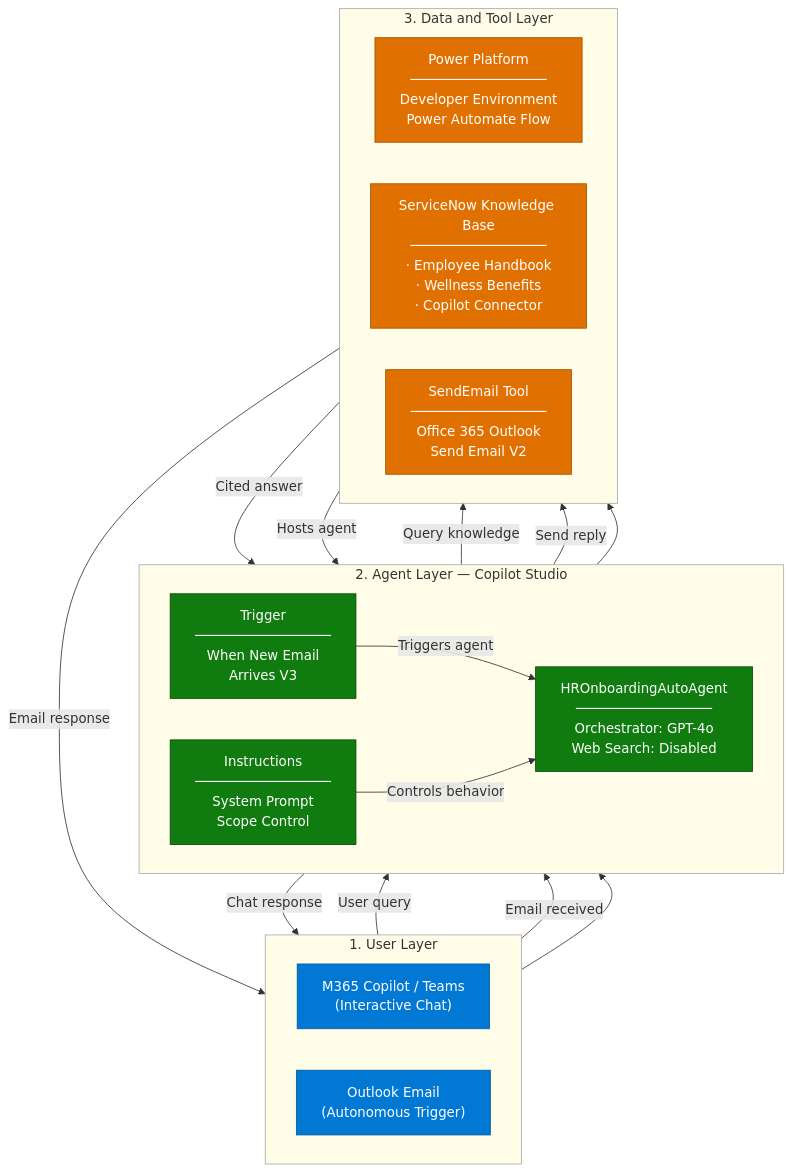
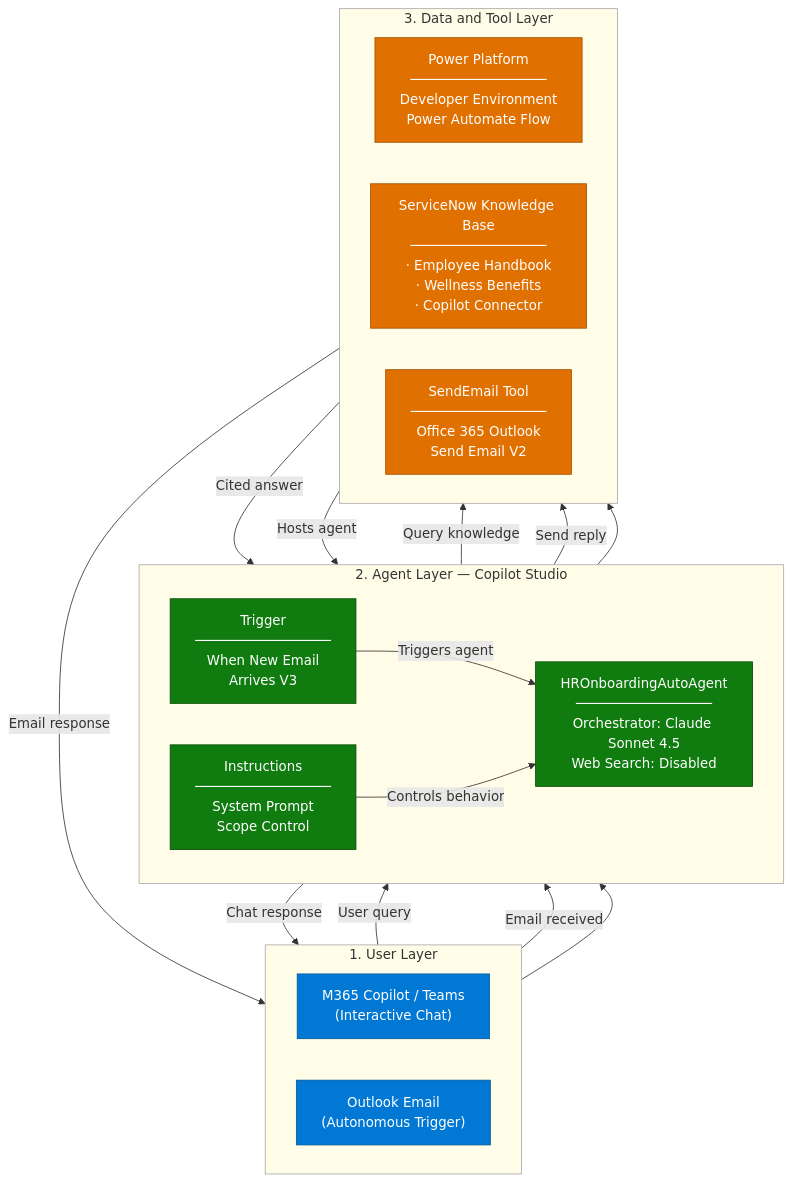
The first of 3 diagrams in 01-scenarios/HR-Onboarding-Agent/2.Architecture.md (microsoft/ai-agent-runbooks), drawn with Mermaid before and after one commit. The commit also changed other lines of this file, not shown here.

Commit message:
Update orchestrator from GPT-4o to Claude Sonnet 4.5

````diff
--- a/01-scenarios/HR-Onboarding-Agent/2.Architecture.md
+++ b/01-scenarios/HR-Onboarding-Agent/2.Architecture.md
@@ -11,48 +11,48 @@
 ```mermaid
 flowchart TB
     subgraph USER["1. User Layer"]
         direction LR
         U1["M365 Copilot / Teams<br/>(Interactive Chat)"]
         U2["Outlook Email<br/>(Autonomous Trigger)"]
     end
 
     subgraph AGENT["2. Agent Layer — Copilot Studio"]
         direction LR
         IN["Instructions<br/>─────────────────<br/>System Prompt<br/>Scope Control"]
-        AG["HROnboardingAutoAgent<br/>─────────────────<br/>Orchestrator: GPT-4o<br/>Web Search: Disabled"]
+        AG["HROnboardingAutoAgent<br/>─────────────────<br/>Orchestrator: Claude Sonnet 4.5<br/>Web Search: Disabled"]
         TR["Trigger<br/>─────────────────<br/>When New Email<br/>Arrives V3"]
     end
 
     subgraph DATA["3. Data and Tool Layer"]
         direction LR
         PP["Power Platform<br/>─────────────────<br/>Developer Environment<br/>Power Automate Flow"]
         KB["ServiceNow Knowledge Base<br/>─────────────────<br/>· Employee Handbook<br/>· Wellness Benefits<br/>· Copilot Connector"]
         TL["SendEmail Tool<br/>─────────────────<br/>Office 365 Outlook<br/>Send Email V2"]
     end
 
     USER --> AGENT
     AGENT --> DATA
 
     U1 -->|"User query"| AG
     U2 -->|"Email received"| TR
     TR -->|"Triggers agent"| AG
     IN -->|"Controls behavior"| AG
     AG -->|"Query knowledge"| KB
     KB -->|"Cited answer"| AG
     AG -->|"Send reply"| TL
     TL -->|"Email response"| U2
     AG -->|"Chat response"| U1
     PP -->|"Hosts agent"| AG
 
     style U1 fill:#0078D4,color:#fff,stroke:#005A9E
     style U2 fill:#0078D4,color:#fff,stroke:#005A9E
     style AG fill:#107C10,color:#fff,stroke:#004B00
     style TR fill:#107C10,color:#fff,stroke:#004B00
     style IN fill:#107C10,color:#fff,stroke:#004B00
     style KB fill:#E07000,color:#fff,stroke:#A05000
     style TL fill:#E07000,color:#fff,stroke:#A05000
     style PP fill:#E07000,color:#fff,stroke:#A05000
     style USER fill:#fffde7,stroke:#aaa
     style AGENT fill:#fffde7,stroke:#aaa
     style DATA fill:#fffde7,stroke:#aaa
 ```
````
